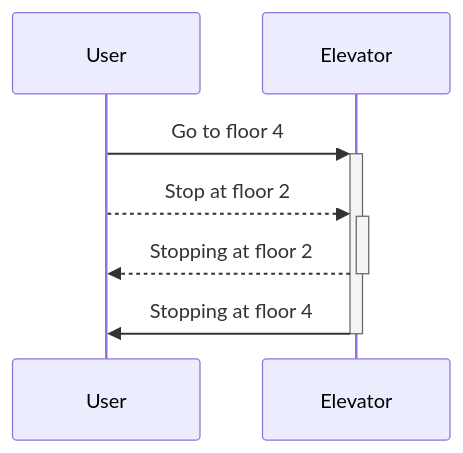
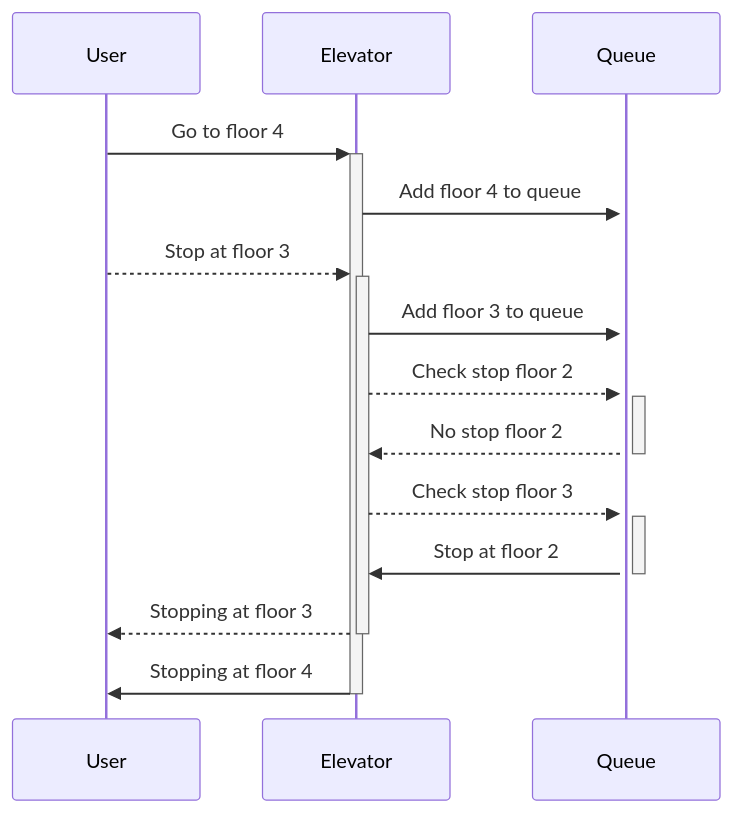
Before and after one commit to andreasnett/heislab: the second of 2 diagrams in mermaid.md, drawn with Mermaid.

Commit message:
add queue to sequence diagram

````diff
--- a/mermaid.md
+++ b/mermaid.md
@@ -38,7 +38,13 @@
 ```mermaid
 sequenceDiagram
     User->>+Elevator: Go to floor 4
-    User-->>+Elevator: Stop at floor 2
-    Elevator-->>-User: Stopping at floor 2
+    Elevator->>+Queue: Add floor 4 to queue
+    User-->>+Elevator: Stop at floor 3
+    Elevator->>+Queue: Add floor 3 to queue
+    Elevator-->>+Queue: Check stop floor 2
+    Queue-->>-Elevator: No stop floor 2
+    Elevator-->>+Queue: Check stop floor 3
+    Queue->>-Elevator: Stop at floor 2
+    Elevator-->>-User: Stopping at floor 3
     Elevator->>-User: Stopping at floor 4
 ```
````
